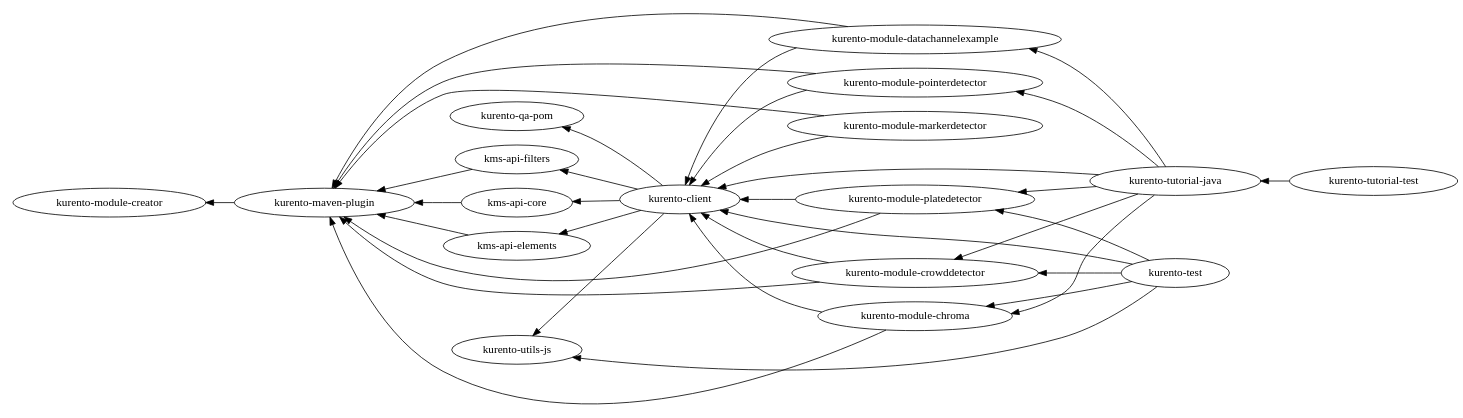
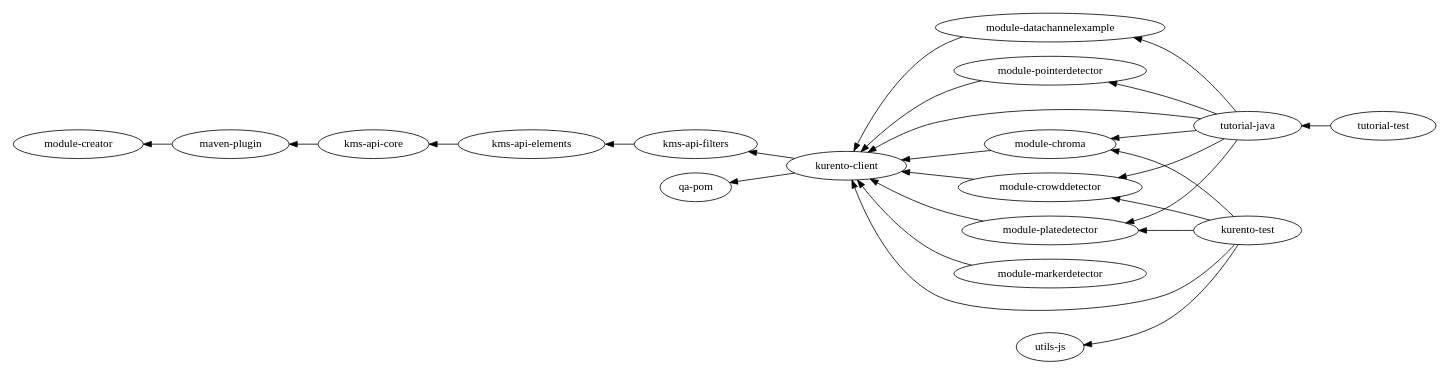
One commit to Kurento/kurento changed the diagram in doc-kurento/source/images/graphs/dependencies-java.dot. Above: the diagram before and after it, drawn with Graphviz. The commit also changed 9 other files, not shown here.

```diff
--- a/doc-kurento/source/images/graphs/dependencies-java.dot
+++ b/doc-kurento/source/images/graphs/dependencies-java.dot
@@ -1,33 +1,32 @@
 digraph dependencies_all {
   bgcolor = "transparent";
   fontname = "Bitstream Vera Sans";
   fontsize = 8;
   size = "12,8";
 
   rankdir = "RL";
 
-  "kurento-module-creator";
-  "kurento-maven-plugin" -> "kurento-module-creator";
+  "module-creator";
+  "maven-plugin" -> "module-creator";
+  "kms-api-core" -> {"maven-plugin"};
+  "kms-api-elements" -> {"kms-api-core"};
+  "kms-api-filters" -> {"kms-api-elements"};
 
-  "kms-api-core" -> {"kurento-maven-plugin"};
-  "kms-api-elements" -> {"kurento-maven-plugin"};
-  "kms-api-filters" -> {"kurento-maven-plugin"};
+  "qa-pom";
 
-  "kurento-qa-pom";
-  "kurento-utils-js";
-
-  "kurento-client" -> {"kurento-qa-pom" "kurento-utils-js" "kms-api-core" "kms-api-elements" "kms-api-filters"};
+  "kurento-client" -> {"qa-pom" "kms-api-filters"};
 
   // Example plugins.
-  "kurento-module-chroma" -> {"kurento-maven-plugin" "kurento-client"};
-  "kurento-module-crowddetector" -> {"kurento-maven-plugin" "kurento-client"};
-  "kurento-module-datachannelexample" -> {"kurento-maven-plugin" "kurento-client"};
-  "kurento-module-markerdetector" -> {"kurento-maven-plugin" "kurento-client"};
-  "kurento-module-platedetector" -> {"kurento-maven-plugin" "kurento-client"};
-  "kurento-module-pointerdetector" -> {"kurento-maven-plugin" "kurento-client"};
+  "module-chroma" -> {"kurento-client"};
+  "module-crowddetector" -> {"kurento-client"};
+  "module-datachannelexample" -> {"kurento-client"};
+  "module-markerdetector" -> {"kurento-client"};
+  "module-platedetector" -> {"kurento-client"};
+  "module-pointerdetector" -> {"kurento-client"};
 
-  "kurento-tutorial-java" -> {"kurento-client" "kurento-module-chroma" "kurento-module-crowddetector" "kurento-module-datachannelexample" "kurento-module-platedetector" "kurento-module-pointerdetector"};
-  "kurento-tutorial-test" -> "kurento-tutorial-java";
+  "utils-js";
+  "kurento-test" -> {"utils-js" "kurento-client" "module-chroma" "module-crowddetector" "module-platedetector"};
 
-  "kurento-test" -> {"kurento-client" "kurento-client" "kurento-utils-js" "kurento-module-chroma" "kurento-module-crowddetector" "kurento-module-platedetector"};
+  "tutorial-java" -> {"kurento-client" "module-chroma" "module-crowddetector" "module-datachannelexample" "module-platedetector" "module-pointerdetector"};
+  "tutorial-test" -> "tutorial-java";
 }
```
